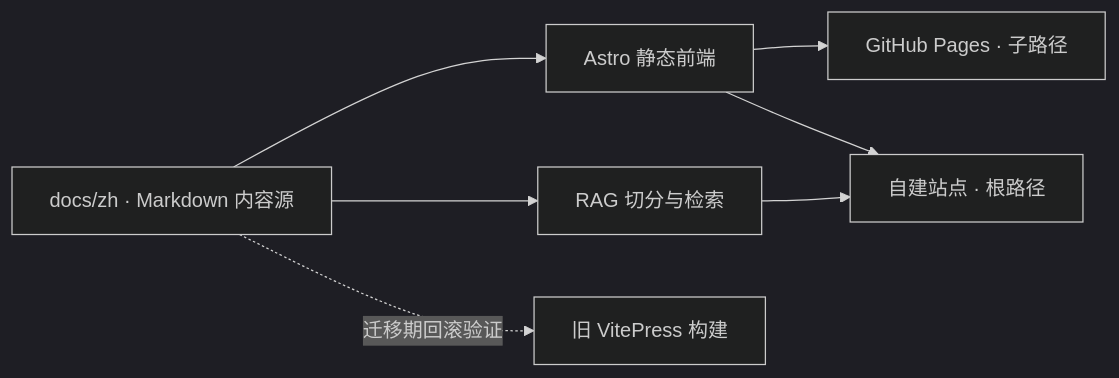
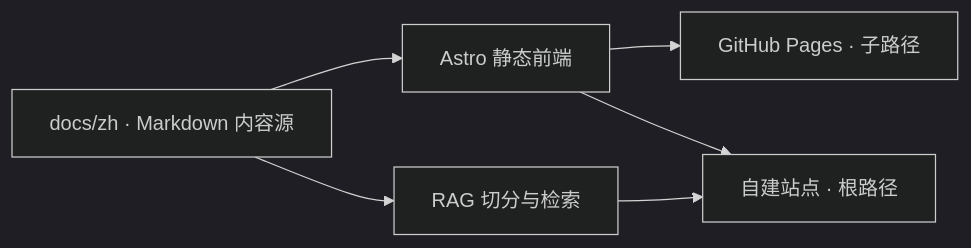
Before and after one commit to luomingguo/mit-cs-notes: the diagram in readme.md, drawn with Mermaid (dark theme). The commit also changed other lines of this file and 554 other files, not shown here.

Commit message:
refactor: remove VitePress and reorganize content

````diff
--- a/readme.md
+++ b/readme.md
@@ -31,9 +31,8 @@
 ```mermaid
 flowchart LR
     M["docs/zh · Markdown 内容源"] --> A["Astro 静态前端"]
     M --> Q["RAG 切分与检索"]
-    M -. "迁移期回滚验证" .-> V["旧 VitePress 构建"]
     A --> P["GitHub Pages · 子路径"]
     A --> H["自建站点 · 根路径"]
     Q --> H
 ```
````
